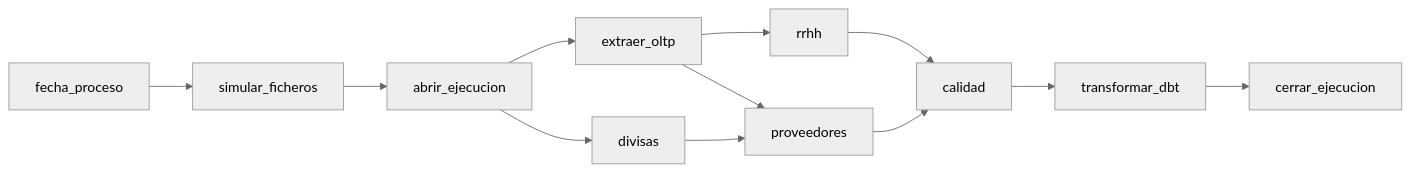
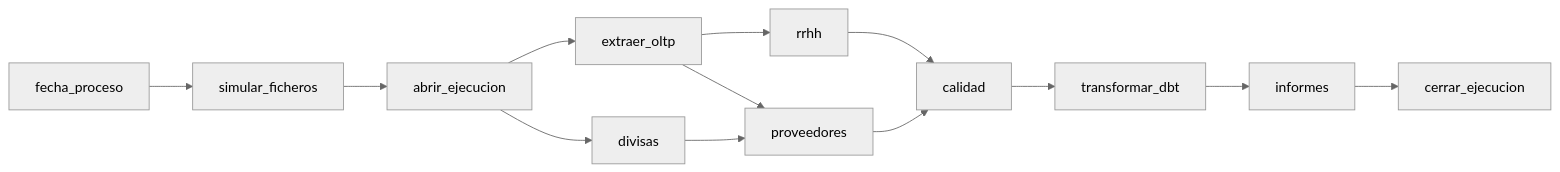
Before and after one commit to BongoDeveloper26/TechNova: the third of 4 diagrams in README.md, drawn with Mermaid (neutral theme). The commit also changed other lines of this file and 7 other files, not shown here.

````diff
--- a/README.md
+++ b/README.md
@@ -234,11 +234,11 @@
 ```mermaid
 flowchart LR
     F[fecha_proceso] --> S[simular_ficheros] --> A[abrir_ejecucion]
     A --> O[extraer_oltp]
     A --> D[divisas]
     O --> P[proveedores]
     O --> R[rrhh]
     R --> C
     D --> P
-    P --> C[calidad] --> T[transformar_dbt] --> Z[cerrar_ejecucion]
+    P --> C[calidad] --> T[transformar_dbt] --> I[informes] --> Z[cerrar_ejecucion]
 ```
````
